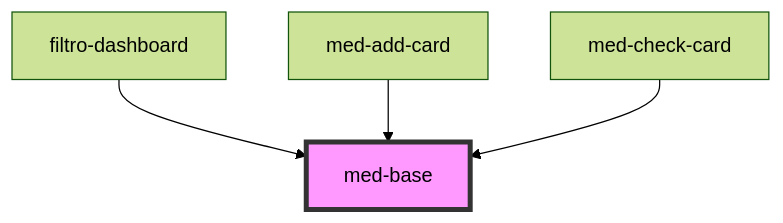
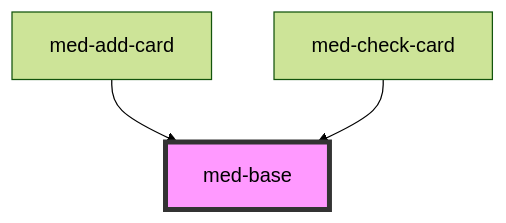
Before and after one commit to MEDGRUPOGIT/ionic-framework-1: the diagram in core/src/components/@medgrupo/core/med-base/readme.md, drawn with Mermaid (forest theme). The commit also changed other lines of this file and 486 other files, not shown here.

````diff
--- a/core/src/components/@medgrupo/core/med-base/readme.md
+++ b/core/src/components/@medgrupo/core/med-base/readme.md
@@ -38,7 +37,6 @@
 ```mermaid
 graph TD;
-  filtro-dashboard --> med-base
   med-add-card --> med-base
   med-check-card --> med-base
   style med-base fill:#f9f,stroke:#333,stroke-width:4px
 ```
````
